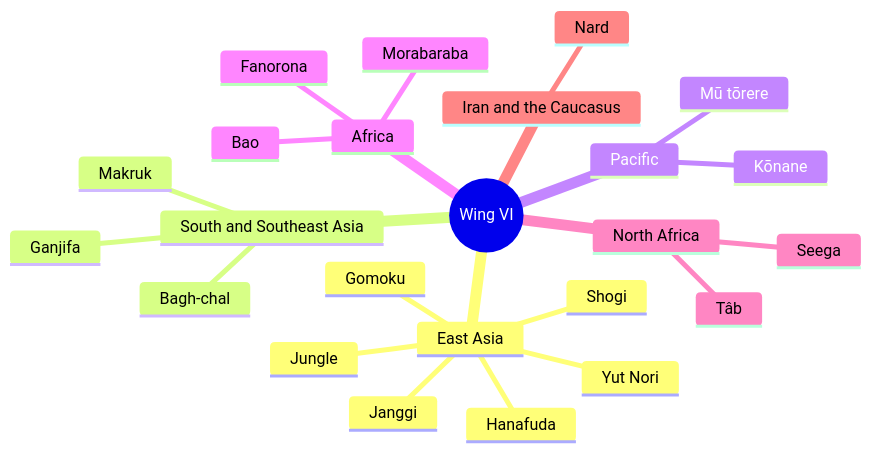
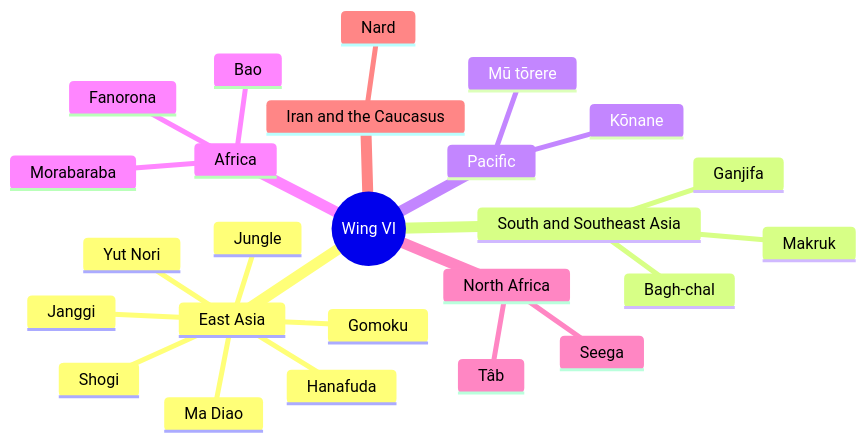
One commit to CptNope/Librarium-Archives changed the eighth of 8 diagrams in docs/exhibits.md. Above: the diagram before and after it, drawn with Mermaid. The commit also changed other lines of this file and 44 other files, not shown here.

````diff
--- a/docs/exhibits.md
+++ b/docs/exhibits.md
@@ -273,27 +281,28 @@
 ```mermaid
 mindmap
   root((Wing VI))
     East Asia
       Shogi
       Gomoku
       Hanafuda
+      Ma Diao
       Jungle
       Yut Nori
       Janggi
     South and Southeast Asia
       Ganjifa
       Makruk
       Bagh-chal
     Pacific
       Mū tōrere
       Kōnane
     Africa
       Fanorona
       Bao
       Morabaraba
     North Africa
       Seega
       Tâb
     Iran and the Caucasus
       Nard
 ```
````
